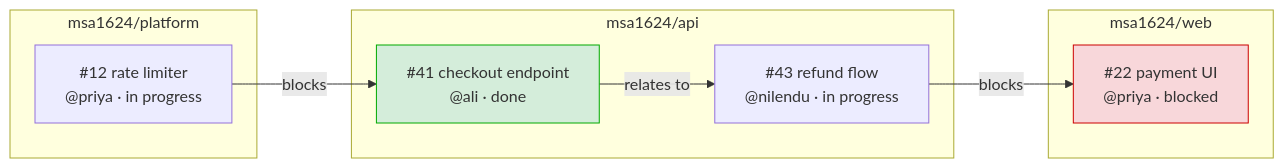
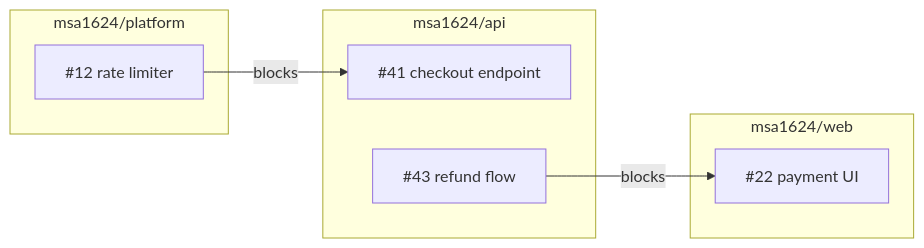
Before and after one commit to alimohammed1624/skills: the fourth of 8 diagrams in docs/target-workflow.md, drawn with Mermaid. The commit also changed other lines of this file and 1 other file, not shown here.

````diff
--- a/docs/target-workflow.md
+++ b/docs/target-workflow.md
@@ -239,22 +372,16 @@
 ```mermaid
 graph LR
     subgraph api["msa1624/api"]
-        A41["#41 checkout endpoint<br/>@ali · done"]
-        A43["#43 refund flow<br/>@nilendu · in progress"]
+        A41["#41 checkout endpoint"]
+        A43["#43 refund flow"]
     end
     subgraph platform["msa1624/platform"]
-        P12["#12 rate limiter<br/>@priya · in progress"]
+        P12["#12 rate limiter"]
     end
     subgraph web["msa1624/web"]
-        W22["#22 payment UI<br/>@priya · blocked"]
+        W22["#22 payment UI"]
     end
 
     P12 -->|blocks| A41
     A43 -->|blocks| W22
-    A41 -->|relates to| A43
-
-    classDef blocked fill:#f8d7da,stroke:#c00
-    classDef done fill:#d4edda,stroke:#0a0
-    class W22 blocked
-    class A41 done
 ```
````
